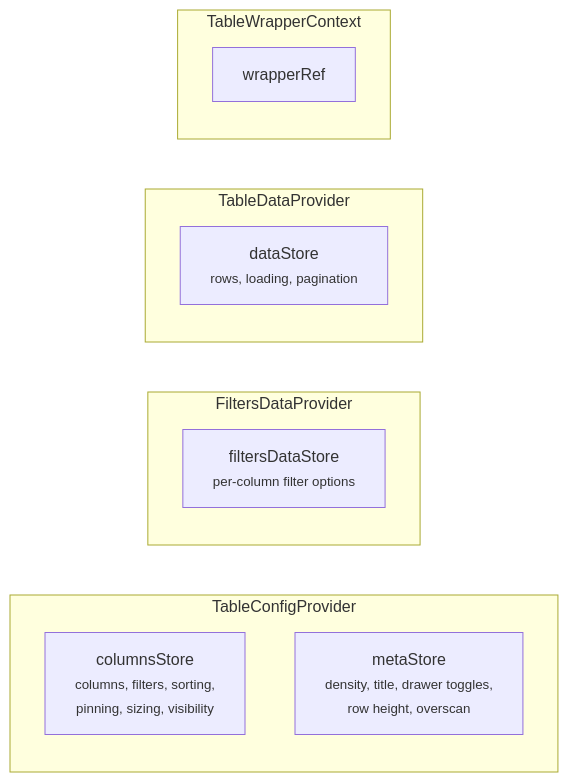
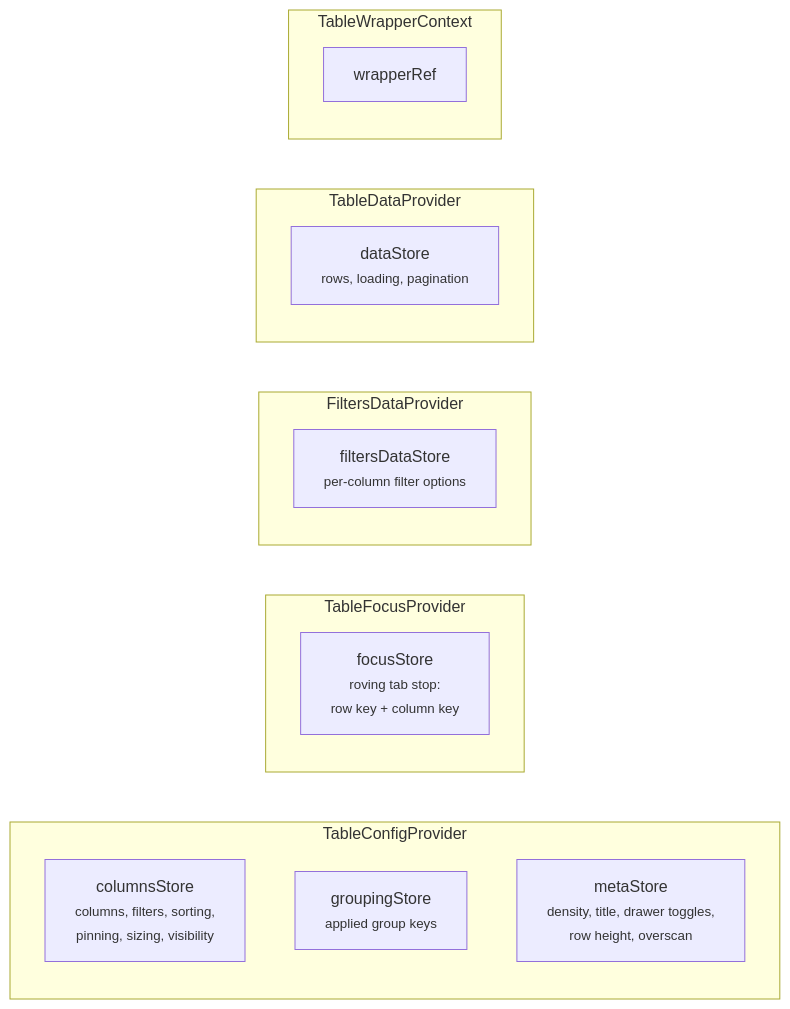
The second of 4 diagrams in packages/ui/src/components/Table/ARCHITECTURE.md (luciocabrera/lcabrera-stack), drawn with Mermaid before and after one commit. The commit also changed other lines of this file and 107 other files, not shown here.

First line of the commit message:
feat(ui): grid semantics, roving focus and keyboard navigation (#645)

````diff
--- a/packages/ui/src/components/Table/ARCHITECTURE.md
+++ b/packages/ui/src/components/Table/ARCHITECTURE.md
@@ -88,19 +89,24 @@
 ```mermaid
 graph LR
   subgraph "TableConfigProvider"
     CS["columnsStore<br/><small>columns, filters, sorting,<br/>pinning, sizing, visibility</small>"]
+    GS["groupingStore<br/><small>applied group keys</small>"]
     MS["metaStore<br/><small>density, title, drawer toggles,<br/>row height, overscan</small>"]
+  end
+
+  subgraph "TableFocusProvider"
+    FoS["focusStore<br/><small>roving tab stop:<br/>row key + column key</small>"]
   end
 
   subgraph "FiltersDataProvider"
     FS["filtersDataStore<br/><small>per-column filter options</small>"]
   end
 
   subgraph "TableDataProvider"
     DS["dataStore<br/><small>rows, loading, pagination</small>"]
   end
 
   subgraph "TableWrapperContext"
     WR["wrapperRef"]
   end
 ```
````
